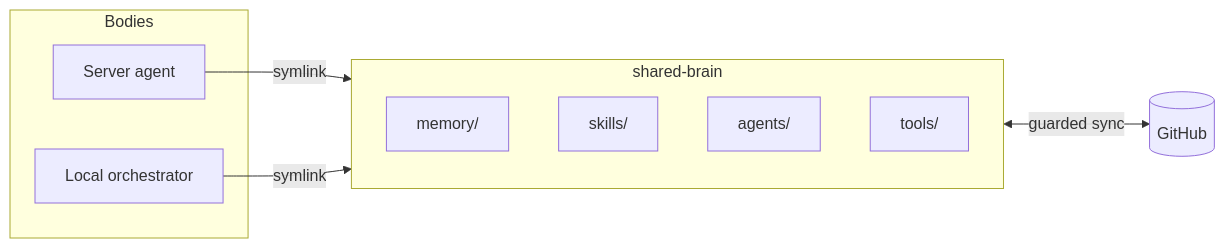
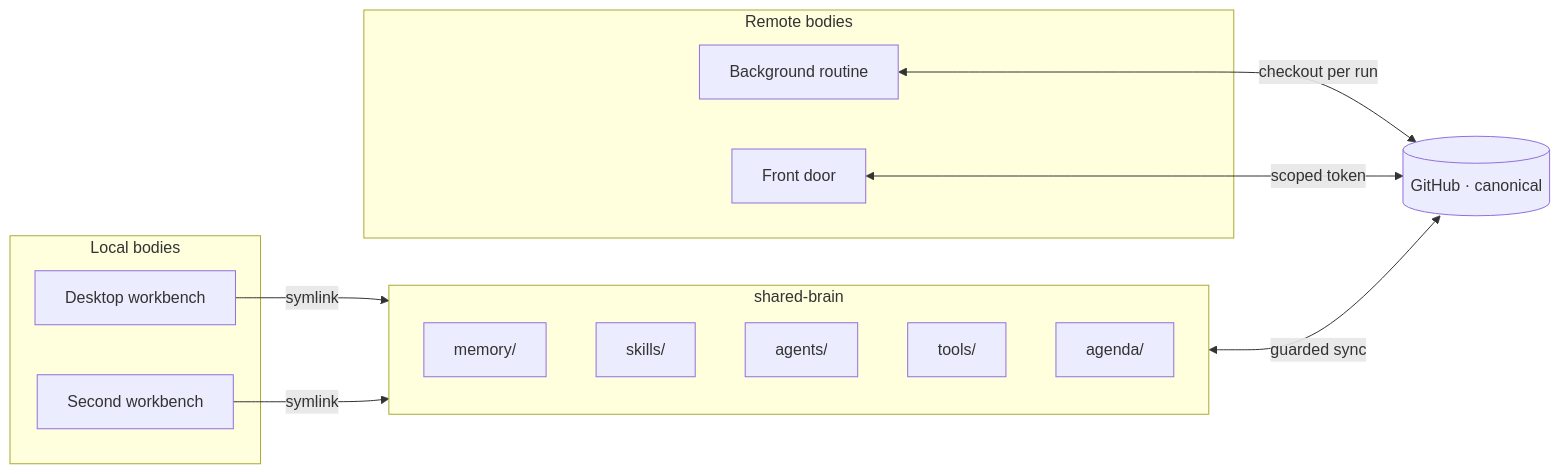
One commit to soeren90/shared-brain changed the diagram in ARCHITECTURE.md. Above: the diagram before and after it, drawn with Mermaid. The commit also changed other lines of this file and 3 other files, not shown here.

````diff
--- a/ARCHITECTURE.md
+++ b/ARCHITECTURE.md
@@ -8,16 +8,23 @@
 ```mermaid
 flowchart LR
-    subgraph Bodies
-        H[Server agent]
-        L[Local orchestrator]
+    subgraph Local [Local bodies]
+        D[Desktop workbench]
+        X[Second workbench]
+    end
+    subgraph Remote [Remote bodies]
+        C[Background routine]
+        F[Front door]
     end
     subgraph Brain [shared-brain]
         M[memory/]
         SK[skills/]
         AG[agents/]
         TO[tools/]
+        AN[agenda/]
     end
-    H -->|symlink| Brain
-    L -->|symlink| Brain
-    Brain <-->|guarded sync| G[(GitHub)]
+    D -->|symlink| Brain
+    X -->|symlink| Brain
+    Brain <-->|guarded sync| G[(GitHub · canonical)]
+    C <-->|checkout per run| G
+    F <-->|scoped token| G
 ```
````
